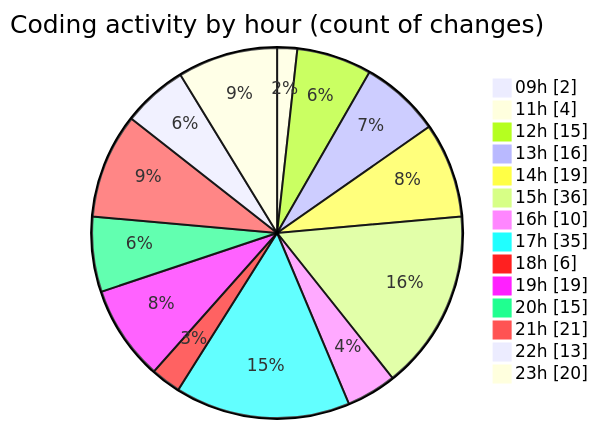
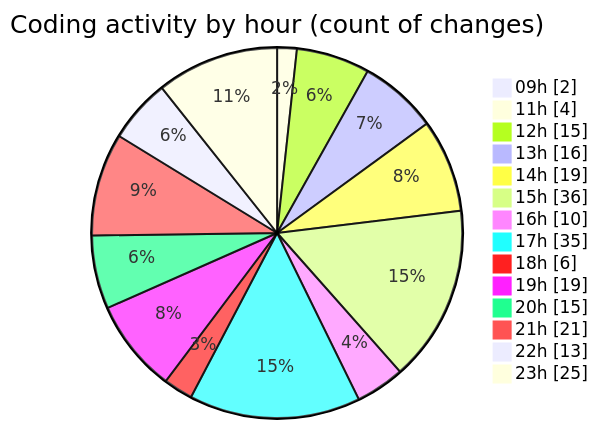
One commit to Elitesun/code-tracking changed the second of 2 diagrams in 2025-04-30/niten/README.md. Above: the diagram before and after it, drawn with Mermaid. The commit also changed other lines of this file and 1 other file, not shown here.

````diff
--- a/2025-04-30/niten/README.md
+++ b/2025-04-30/niten/README.md
@@ -90,18 +91,18 @@
 ```mermaid
 pie showData
 title Coding activity by hour (count of changes)
 "09h" : 2
 "11h" : 4
 "12h" : 15
 "13h" : 16
 "14h" : 19
 "15h" : 36
 "16h" : 10
 "17h" : 35
 "18h" : 6
 "19h" : 19
 "20h" : 15
 "21h" : 21
 "22h" : 13
-"23h" : 20
+"23h" : 25
 ```
````
